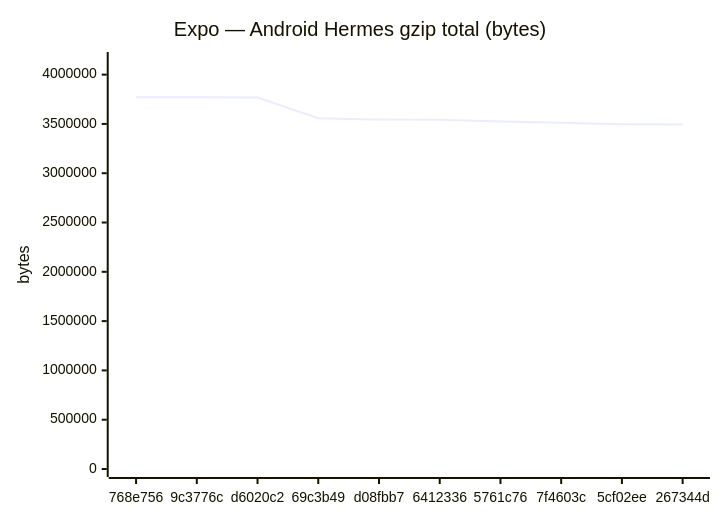
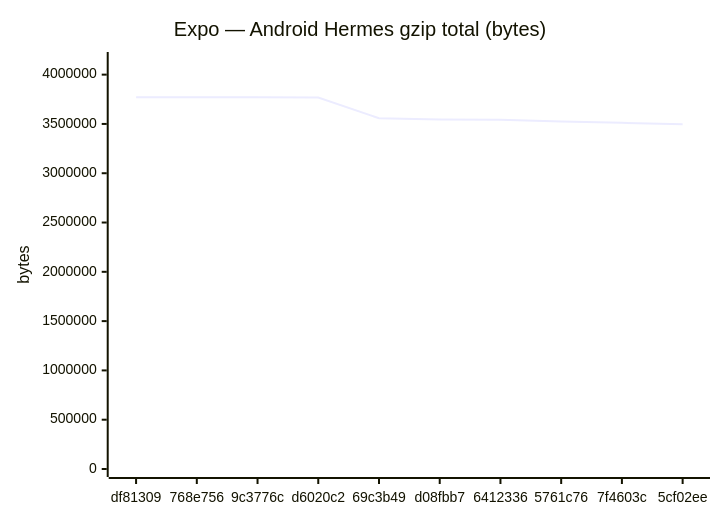
One commit to Metaheurist/Rianell changed the fifth of 18 diagrams in benchmarks/compare.md. Above: the diagram before and after it, drawn with Mermaid. The commit also changed other lines of this file and 11 other files, not shown here.

````diff
--- a/benchmarks/compare.md
+++ b/benchmarks/compare.md
@@ -89,7 +89,7 @@
 ```mermaid
 xychart-beta
     title "Expo — Android Hermes gzip total (bytes)"
-    x-axis ["768e756", "9c3776c", "d6020c2", "69c3b49", "d08fbb7", "6412336", "5761c76", "7f4603c", "5cf02ee", "267344d"]
+    x-axis ["df81309", "768e756", "9c3776c", "d6020c2", "69c3b49", "d08fbb7", "6412336", "5761c76", "7f4603c", "5cf02ee"]
     y-axis "bytes" 0 --> 4148478
-    line [3771343, 3770634, 3767812, 3557908, 3544463, 3543472, 3523541, 3511474, 3496393, 3494445]
+    line [3770634, 3771343, 3770634, 3767812, 3557908, 3544463, 3543472, 3523541, 3511474, 3496393]
 ```
````
